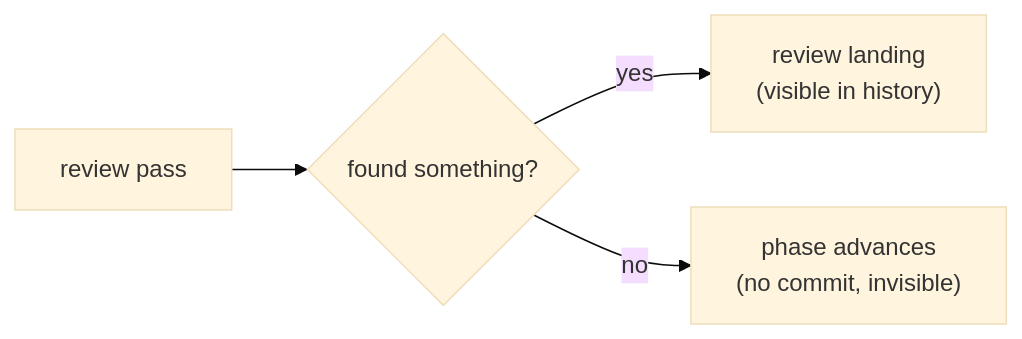
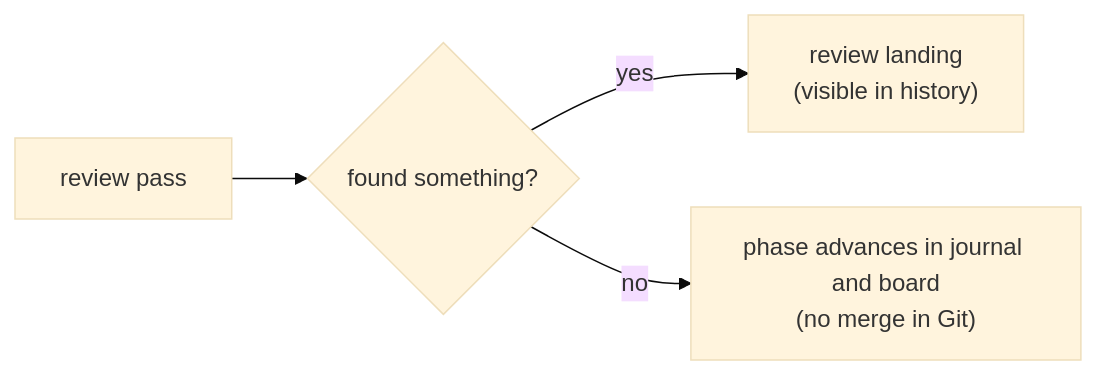
Before and after one commit to infimalabs/spice-rust: the seventh of 25 diagrams in docs/product/value.md, drawn with Mermaid (base theme). The commit also changed other lines of this file and 71 other files, not shown here.

````diff
--- a/docs/product/value.md
+++ b/docs/product/value.md
@@ -134,6 +155,6 @@
 ```mermaid
 flowchart LR
   R["review pass"] --> C{"found something?"}
   C -- yes --> M["review landing<br/>(visible in history)"]
-  C -- no --> A["phase advances<br/>(no commit, invisible)"]
+  C -- no --> A["phase advances in journal and board<br/>(no merge in Git)"]
 ```
````
